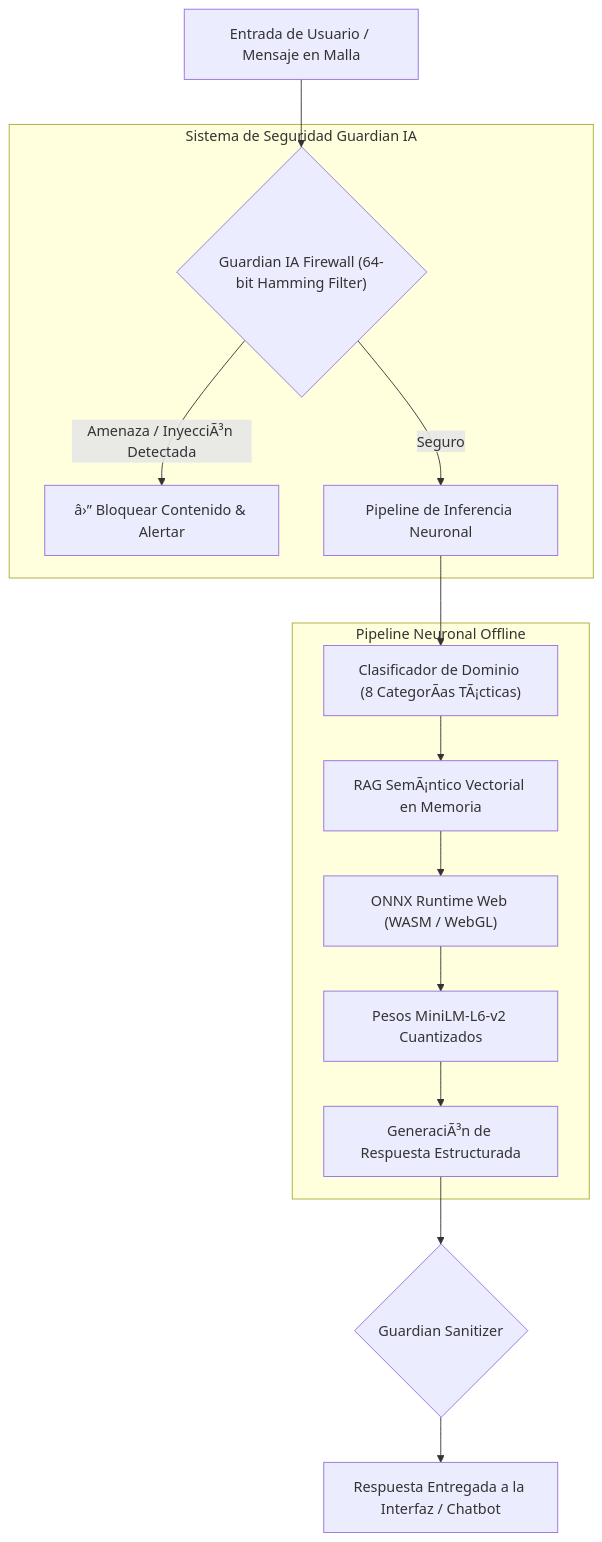
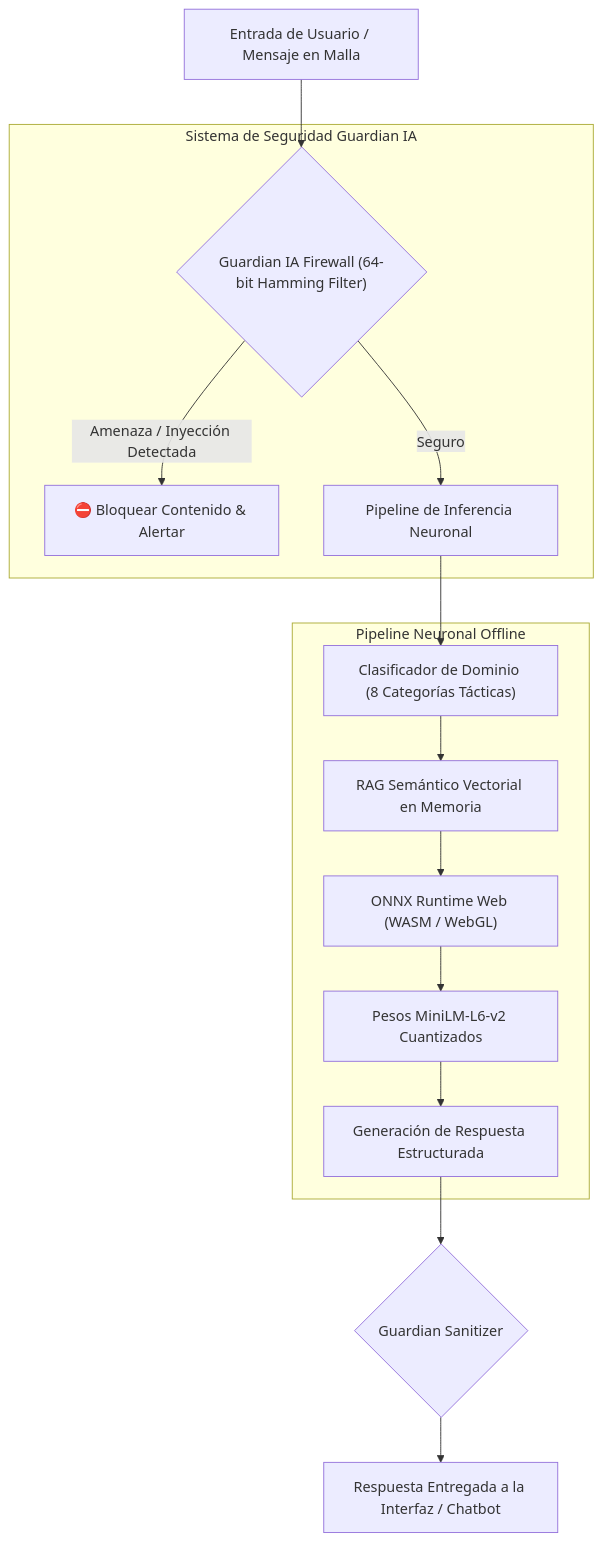
One commit to DarckRovert/RED changed the fifth of 8 diagrams in ARCHITECTURE.md. Above: the diagram before and after it, drawn with Mermaid. The commit also changed other lines of this file and 76 other files, not shown here.

````diff
--- a/ARCHITECTURE.md
+++ b/ARCHITECTURE.md
@@ -235,20 +245,20 @@
 ```mermaid
 flowchart TD
     USER_QUERY["Entrada de Usuario / Mensaje en Malla"] --> GUARDIAN_IN{"Guardian IA Firewall (64-bit Hamming Filter)"}
 
     subgraph GUARDIAN_ENGINE ["Sistema de Seguridad Guardian IA"]
-        GUARDIAN_IN -- "Amenaza / InyecciÃ³n Detectada" --> BLOCK_ACT["â›” Bloquear Contenido & Alertar"]
+        GUARDIAN_IN -- "Amenaza / Inyección Detectada" --> BLOCK_ACT["⛔ Bloquear Contenido & Alertar"]
         GUARDIAN_IN -- "Seguro" --> AI_PIPELINE["Pipeline de Inferencia Neuronal"]
     end
 
     subgraph AI_PIPELINE_ENGINE ["Pipeline Neuronal Offline"]
-        AI_PIPELINE --> CLASSIFIER["Clasificador de Dominio (8 CategorÃ­as TÃ¡cticas)"]
-        CLASSIFIER --> RAG["RAG SemÃ¡ntico Vectorial en Memoria"]
+        AI_PIPELINE --> CLASSIFIER["Clasificador de Dominio (8 Categorías Tácticas)"]
+        CLASSIFIER --> RAG["RAG Semántico Vectorial en Memoria"]
         RAG --> ONNX_RUNTIME["ONNX Runtime Web (WASM / WebGL)"]
         ONNX_RUNTIME --> MODEL_WEIGHTS["Pesos MiniLM-L6-v2 Cuantizados"]
-        MODEL_WEIGHTS --> GEN_RESP["GeneraciÃ³n de Respuesta Estructurada"]
+        MODEL_WEIGHTS --> GEN_RESP["Generación de Respuesta Estructurada"]
     end
 
     GEN_RESP --> GUARDIAN_OUT{"Guardian Sanitizer"}
     GUARDIAN_OUT --> DELIVER_RESP["Respuesta Entregada a la Interfaz / Chatbot"]
 ```
````
